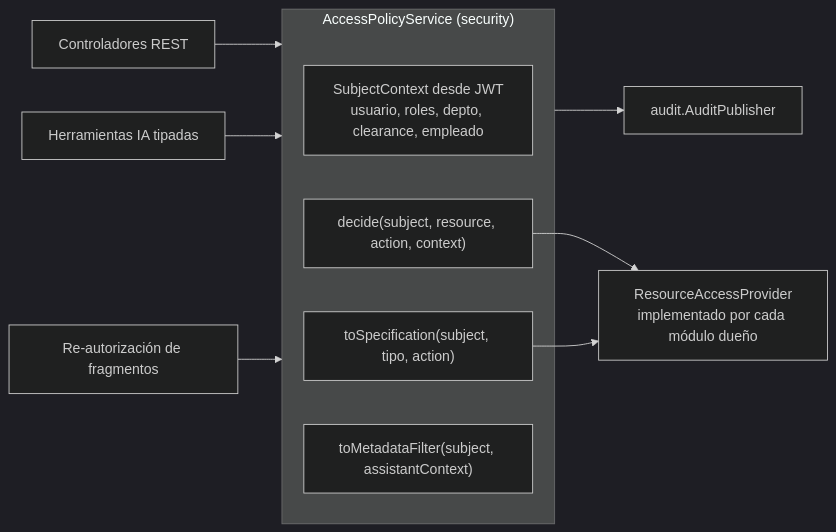
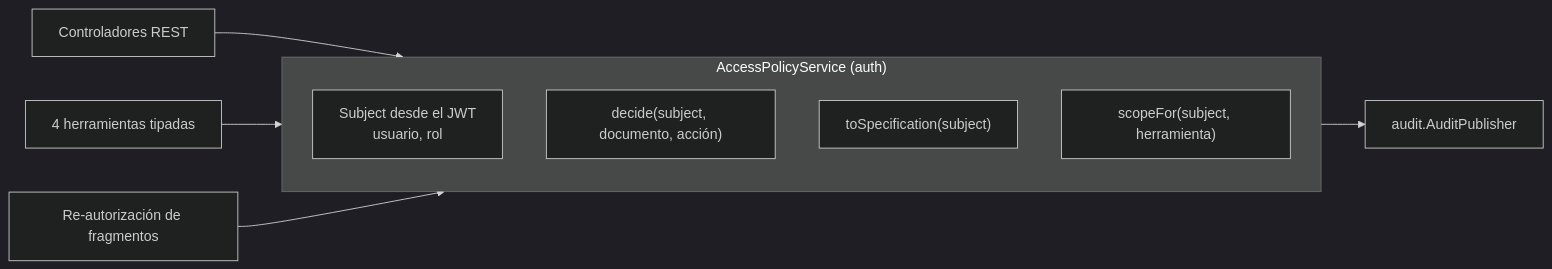
Before and after one commit to pedroamas/segur_plus: the second of 2 diagrams in docs/architecture/03-components.md, drawn with Mermaid (dark theme). The commit also changed other lines of this file and 14 other files, not shown here.

````diff
--- a/docs/architecture/03-components.md
+++ b/docs/architecture/03-components.md
@@ -95,15 +50,13 @@
 ```mermaid
 flowchart LR
   REST["Controladores REST"] --> APS
-  TOOLS["Herramientas IA tipadas"] --> APS
+  TOOLS["4 herramientas tipadas"] --> APS
   RAG["Re-autorización de fragmentos"] --> APS
-  subgraph APS["AccessPolicyService (security)"]
-    CTX["SubjectContext desde JWT<br/>usuario, roles, depto, clearance, empleado"]
-    DEC["decide(subject, resource, action, context)"]
-    SPEC["toSpecification(subject, tipo, action)"]
-    FLT["toMetadataFilter(subject, assistantContext)"]
+  subgraph APS["AccessPolicyService (auth)"]
+    CTX["Subject desde el JWT<br/>usuario, rol"]
+    DEC["decide(subject, documento, acción)"]
+    SPEC["toSpecification(subject)"]
+    SCOPE["scopeFor(subject, herramienta)"]
   end
-  DEC --> SPI["ResourceAccessProvider<br/>implementado por cada módulo dueño"]
-  SPEC --> SPI
   APS --> AUD["audit.AuditPublisher"]
 ```
````
